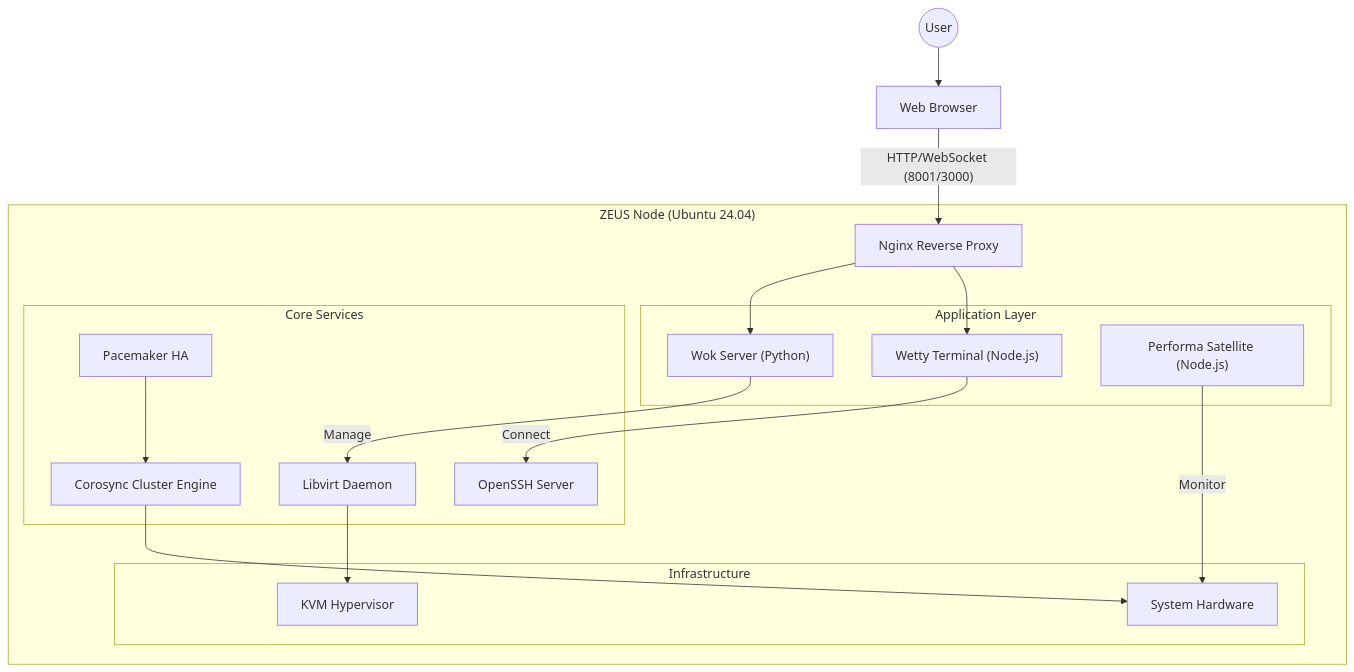
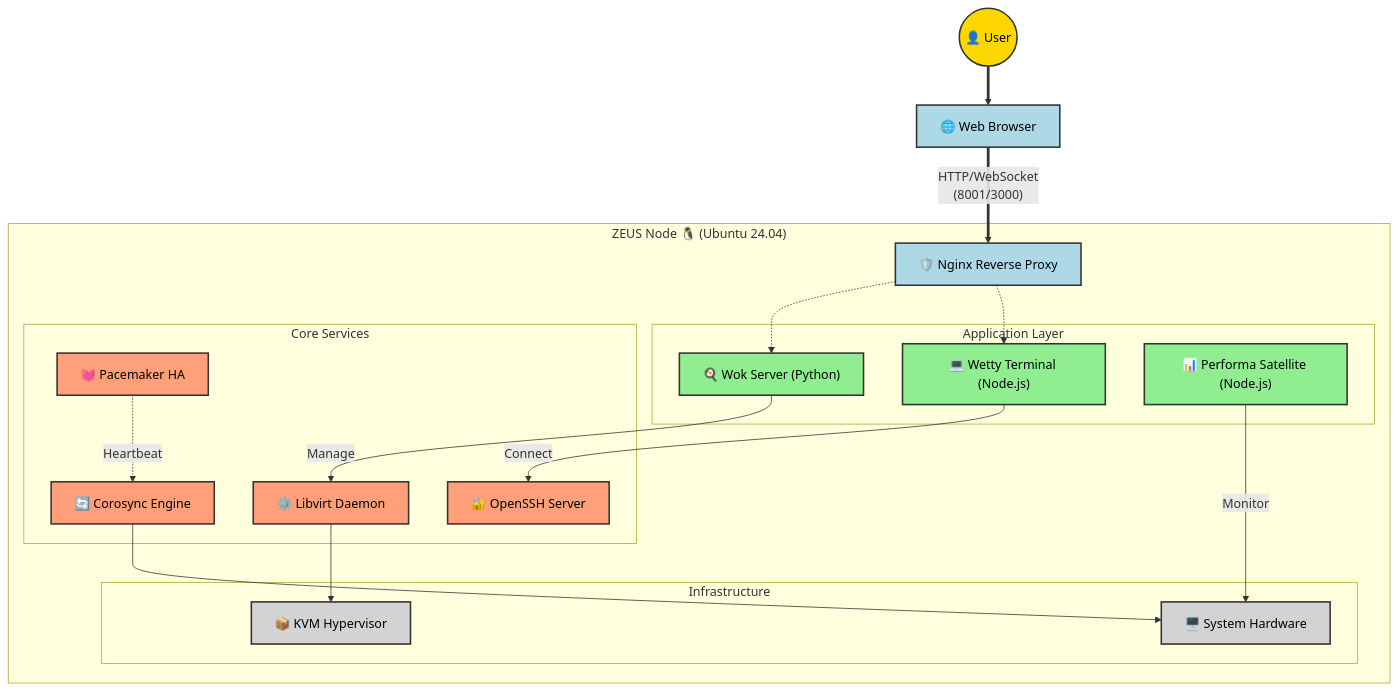
One commit to PalashTinkhede/edge_test changed the diagram in README.md. Above: the diagram before and after it, drawn with Mermaid. The commit also changed other lines of this file, not shown here.

Commit message:
Enhance architecture diagram in README
Updated architecture diagram with improved visual elements and icons.

````diff
--- a/README.md
+++ b/README.md
@@ -41,39 +41,45 @@
 ```mermaid
 graph TD
-    User((User))
-    Browser[Web Browser]
+    %% Classes for coloring
+    classDef user fill:#FFD700,stroke:#333,stroke-width:2px,color:black;
+    classDef web fill:#ADD8E6,stroke:#333,stroke-width:2px,color:black;
+    classDef app fill:#90EE90,stroke:#333,stroke-width:2px,color:black;
+    classDef core fill:#FFA07A,stroke:#333,stroke-width:2px,color:black;
+    classDef infra fill:#D3D3D3,stroke:#333,stroke-width:2px,color:black;
+    User((👤 User)):::user
+    Browser[🌐 Web Browser]:::web
     
-    subgraph "ZEUS Node (Ubuntu 24.04)"
-        Nginx[Nginx Reverse Proxy]
+    subgraph "ZEUS Node 🐧 (Ubuntu 24.04)"
+        Nginx[🛡️ Nginx Reverse Proxy]:::web
         
         subgraph "Application Layer"
-            Wok["Wok Server (Python)"]
-            Wetty["Wetty Terminal (Node.js)"]
-            Performa["Performa Satellite (Node.js)"]
+            Wok["🍳 Wok Server (Python)"]:::app
+            Wetty["💻 Wetty Terminal (Node.js)"]:::app
+            Performa["📊 Performa Satellite (Node.js)"]:::app
         end
         
         subgraph "Core Services"
-            Libvirt[Libvirt Daemon]
-            Pacemaker[Pacemaker HA]
-            Corosync[Corosync Cluster Engine]
-            SSH[OpenSSH Server]
+            Libvirt["⚙️ Libvirt Daemon"]:::core
+            Pacemaker["💓 Pacemaker HA"]:::core
+            Corosync["🔄 Corosync Engine"]:::core
+            SSH["🔐 OpenSSH Server"]:::core
         end
         
         subgraph "Infrastructure"
-            KVM[KVM Hypervisor]
-            System[System Hardware]
+            KVM["📦 KVM Hypervisor"]:::infra
+            System["🖥️ System Hardware"]:::infra
         end
     end
-    User --> Browser
-    Browser -- "HTTP/WebSocket (8001/3000)" --> Nginx
-    Nginx --> Wok
-    Nginx --> Wetty
+    User ==> Browser
+    Browser == "HTTP/WebSocket\n(8001/3000)" ==> Nginx
+    Nginx -.-> Wok
+    Nginx -.-> Wetty
     
     Wok -- "Manage" --> Libvirt
     Wetty -- "Connect" --> SSH
     Performa -- "Monitor" --> System
     
     Libvirt --> KVM
-    Pacemaker --> Corosync
+    Pacemaker -. "Heartbeat" .-> Corosync
     Corosync --> System
 ```
````
